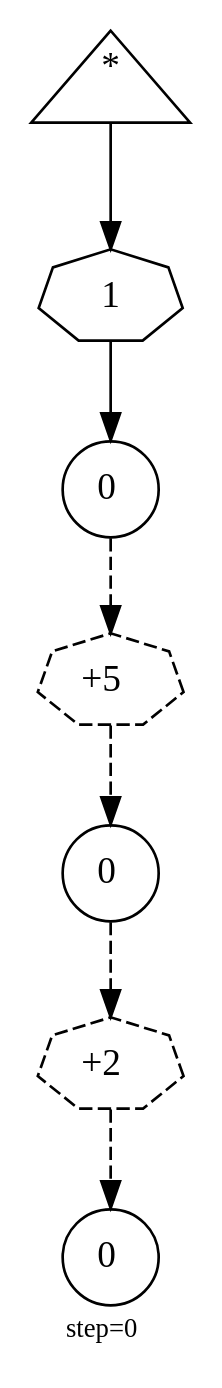
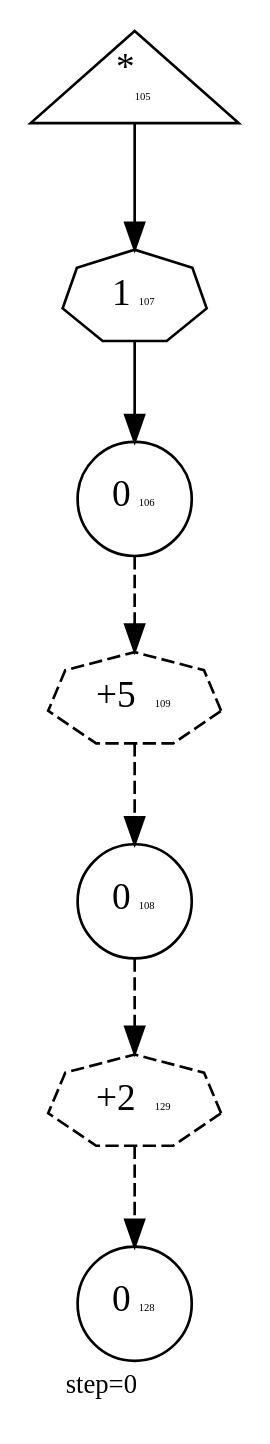
The diagram in ours/101-connections/0014.dot (abarbu/machinations), drawn with Graphviz before and after one commit. The commit also changed 824 other files, not shown here.

```diff
--- a/ours/101-connections/0014.dot
+++ b/ours/101-connections/0014.dot
@@ -1,16 +1,16 @@
 digraph {
   graph  [labelloc=bottom,labeljust=left,fontsize="10",label="step=0"];
-  "105" [shape=triangle,peripheries="1",label=<<SUP>*</SUP>>,labelfontcolor=black,color=black];
-  "106" [shape=circle,peripheries="1",label=<0>,labelfontcolor=black,color=black];
-  "108" [shape=circle,peripheries="1",label=<0>,labelfontcolor=black,color=black];
-  "128" [shape=circle,peripheries="1",label=<0>,labelfontcolor=black,color=black];
-  "107" [label=<1>,peripheries="1",color=black,shape=septagon];
+  "105" [shape=triangle,peripheries="1",label=<<SUP>*</SUP><FONT POINT-SIZE='4'>105</FONT>>,labelfontcolor=black,color=black];
+  "106" [shape=circle,peripheries="1",label=<0<FONT POINT-SIZE='4'>106</FONT>>,labelfontcolor=black,color=black];
+  "108" [shape=circle,peripheries="1",label=<0<FONT POINT-SIZE='4'>108</FONT>>,labelfontcolor=black,color=black];
+  "128" [shape=circle,peripheries="1",label=<0<FONT POINT-SIZE='4'>128</FONT>>,labelfontcolor=black,color=black];
+  "107" [label=<1<FONT POINT-SIZE='4'>107</FONT>>,peripheries="1",color=black,shape=septagon];
   "105" -> "107" [color=black];
   "107" -> "106" [color=black];
-  "109" [label=<+5>,peripheries="1",color=black,style=dashed,shape=septagon];
+  "109" [label=<+5<FONT POINT-SIZE='4'>109</FONT>>,peripheries="1",color=black,style=dashed,shape=septagon];
   "106" -> "109" [style=dashed,color=black];
   "109" -> "108" [style=dashed,color=black];
-  "129" [label=<+2>,peripheries="1",color=black,style=dashed,shape=septagon];
+  "129" [label=<+2<FONT POINT-SIZE='4'>129</FONT>>,peripheries="1",color=black,style=dashed,shape=septagon];
   "108" -> "129" [style=dashed,color=black];
   "129" -> "128" [style=dashed,color=black];
 }
```
